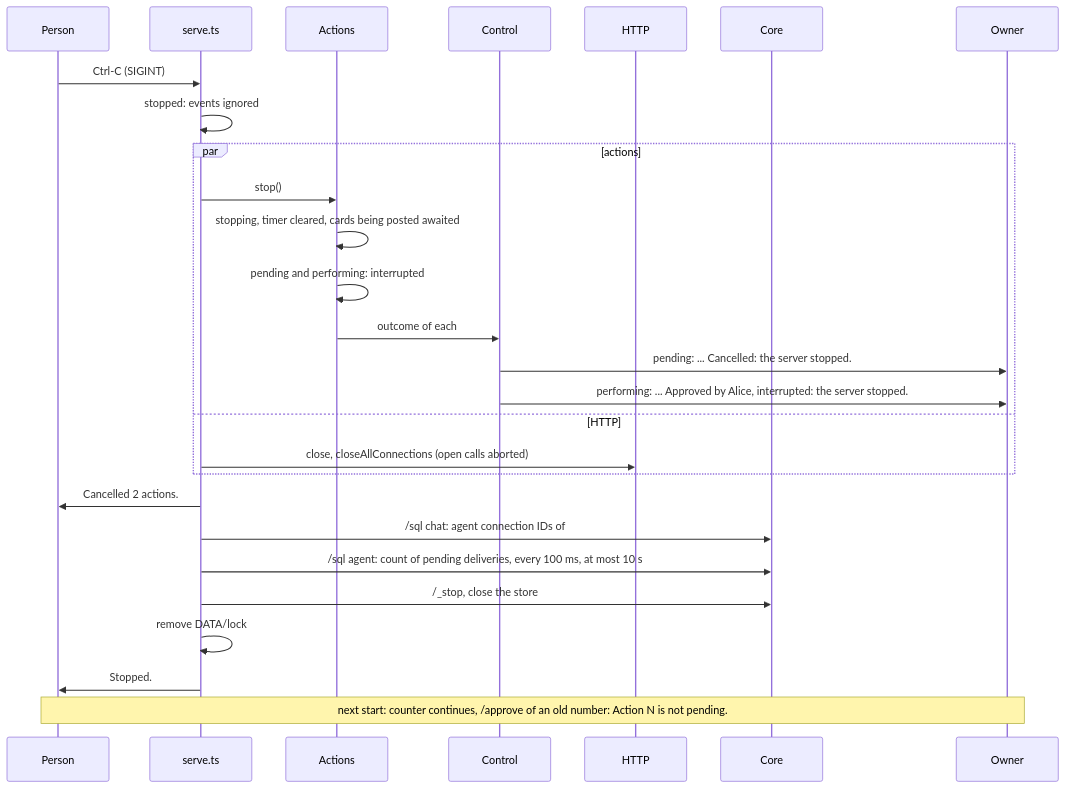
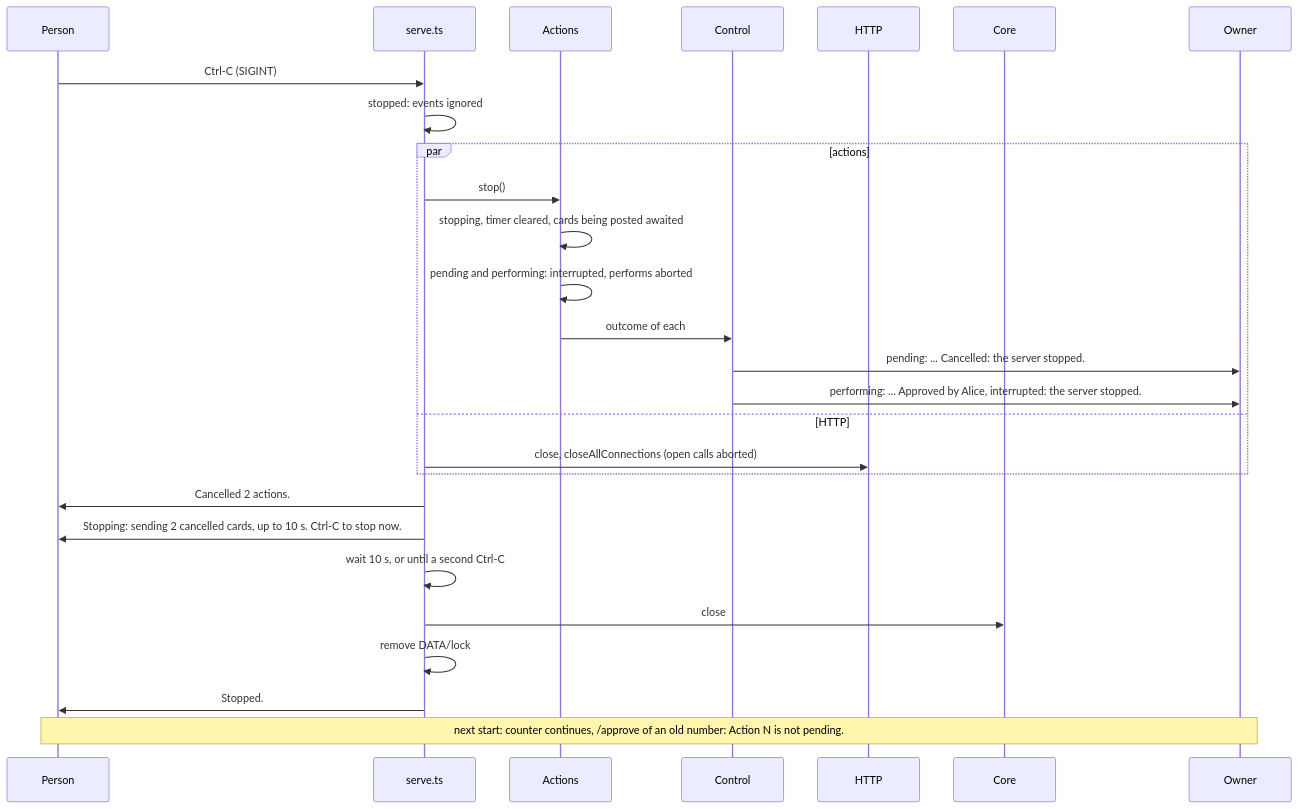
Diagram 11 of 16 in packages/simplex-chat-mcp/spec/flows.md (simplex-chat/simplex-chat), drawn with Mermaid before and after one commit. The commit also changed other lines of this file and 34 other files, not shown here.

````diff
--- a/packages/simplex-chat-mcp/spec/flows.md
+++ b/packages/simplex-chat-mcp/spec/flows.md
@@ -465,29 +478,29 @@
 ```mermaid
 sequenceDiagram
   participant P as Person
   participant S as serve.ts
   participant X as Actions
   participant K as Control
   participant H as HTTP
   participant C as Core
   participant O as Owner
   P->>S: Ctrl-C (SIGINT)
   S->>S: stopped: events ignored
   par actions
     S->>X: stop()
     X->>X: stopping, timer cleared, cards being posted awaited
-    X->>X: pending and performing: interrupted
+    X->>X: pending and performing: interrupted, performs aborted
     X->>K: outcome of each
     K->>O: pending: ... Cancelled: the server stopped.
     K->>O: performing: ... Approved by Alice, interrupted: the server stopped.
   and HTTP
     S->>H: close, closeAllConnections (open calls aborted)
   end
   S->>P: Cancelled 2 actions.
-  S->>C: /sql chat: agent connection IDs of #G members
-  S->>C: /sql agent: count of pending deliveries, every 100 ms, at most 10 s
-  S->>C: /_stop, close the store
+  S->>P: Stopping: sending 2 cancelled cards, up to 10 s. Ctrl-C to stop now.
+  S->>S: wait 10 s, or until a second Ctrl-C
+  S->>C: close
   S->>S: remove DATA/lock
   S->>P: Stopped.
   Note over P,O: next start: counter continues, /approve of an old number: Action N is not pending.
 ```
````
